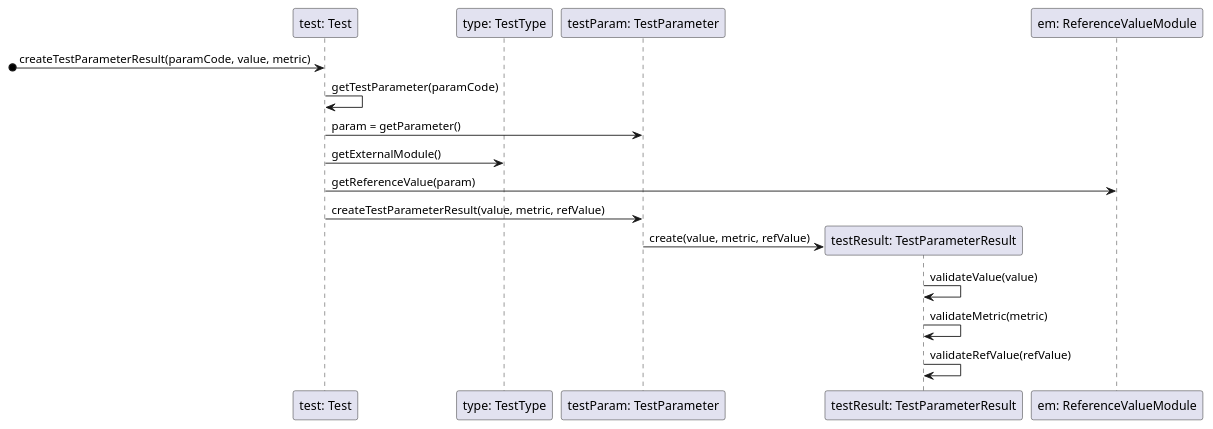
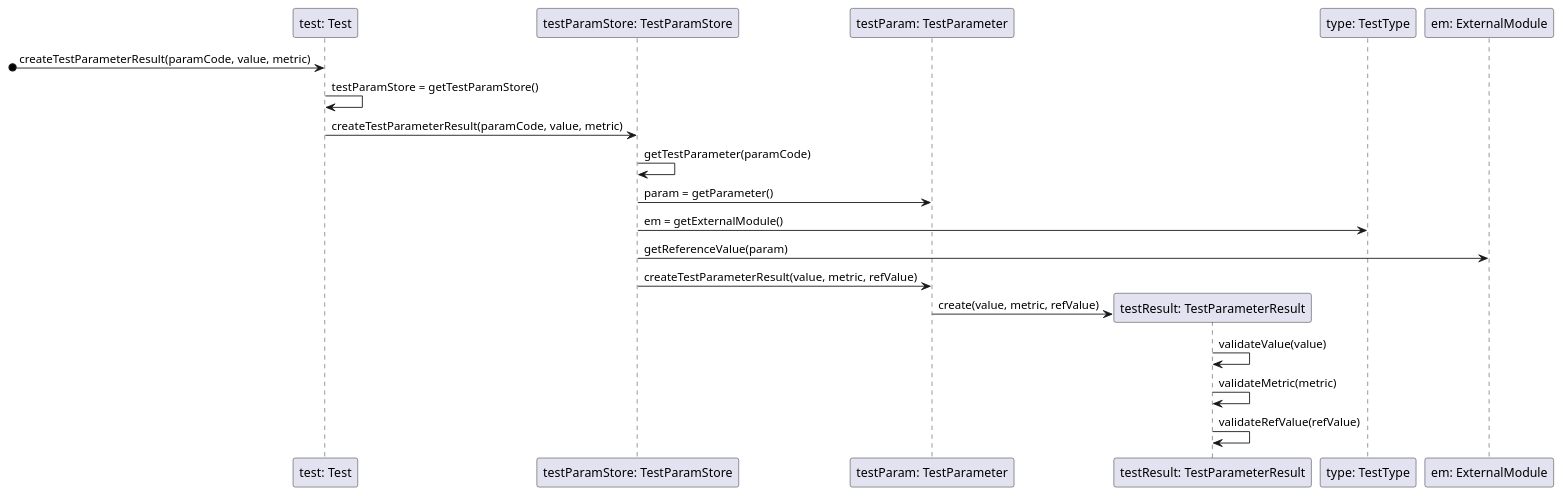
Before and after one commit to MadDinosaur/ISEP-LAPR2: the diagram in docs/SprintC/US12/SD_CreateTestResult.puml, drawn with PlantUML. The commit also changed 8 other files, not shown here.

Commit message:
Added TestParamStore and Test classes. Developed classes and artifacts related to US12.

```diff
--- a/docs/SprintC/US12/SD_CreateTestResult.puml
+++ b/docs/SprintC/US12/SD_CreateTestResult.puml
@@ -1,19 +1,22 @@
 @startuml
 participant "test: Test" as test
-participant "type: TestType" as type
+participant "testParamStore: TestParamStore" as tpstore
 participant "testParam: TestParameter" as testParam
 participant "testResult: TestParameterResult" as testResult
-participant "em: ReferenceValueModule" as em
+participant "type: TestType" as type
+participant "em: ExternalModule" as em
 
 [o-> test : createTestParameterResult(paramCode, value, metric)
-test -> test : getTestParameter(paramCode)
-test -> testParam : param = getParameter()
-test -> type : getExternalModule()
-test -> em : getReferenceValue(param)
-test -> testParam : createTestParameterResult(value, metric, refValue)
+test -> test: testParamStore = getTestParamStore()
+test -> tpstore: createTestParameterResult(paramCode, value, metric)
+tpstore -> tpstore : getTestParameter(paramCode)
+tpstore -> testParam : param = getParameter()
+tpstore -> type : em = getExternalModule()
+tpstore -> em : getReferenceValue(param)
+tpstore -> testParam : createTestParameterResult(value, metric, refValue)
 create testResult
 testParam -> testResult : create(value, metric, refValue)
 testResult -> testResult : validateValue(value)
 testResult -> testResult : validateMetric(metric)
 testResult -> testResult : validateRefValue(refValue)
 @enduml
```
